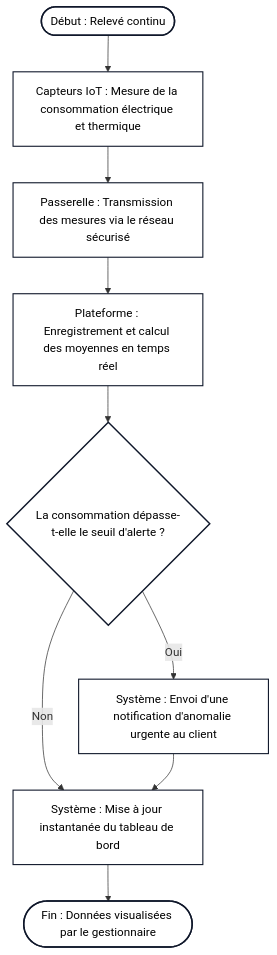
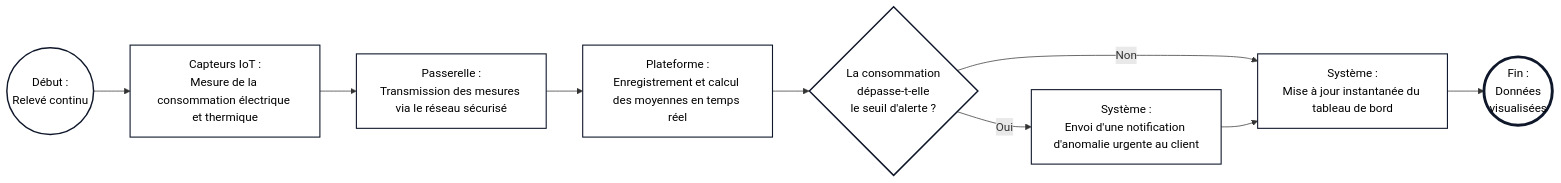
One commit to spirit0621/Master-1-SI changed the first of 4 diagrams in Matière/Matiere Architecture SI/TP/Cours 2 TP Achitecture Métier/RAPPORT_ARCHI_BUSINESS_GREENBREIZH.md. Above: the diagram before and after it, drawn with Mermaid. The commit also changed other lines of this file and 19 other files, not shown here.

````diff
--- a/Matière/Matiere Architecture SI/TP/Cours 2 TP Achitecture Métier/RAPPORT_ARCHI_BUSINESS_GREENBREIZH.md
+++ b/Matière/Matiere Architecture SI/TP/Cours 2 TP Achitecture Métier/RAPPORT_ARCHI_BUSINESS_GREENBREIZH.md
@@ -71,18 +76,16 @@
 ```mermaid
-flowchart TD
-    Start(["Début : Relevé continu"]) --> Capt["Capteurs IoT : Mesure de la consommation électrique et thermique"]
-    Capt --> Envoi["Passerelle : Transmission des mesures via le réseau sécurisé"]
-    Envoi --> Ingest["Plateforme : Enregistrement et calcul des moyennes en temps réel"]
-    Ingest --> Test{"La consommation dépasse-t-elle le seuil d'alerte ?"}
-  
-    Test -- "Oui" --> Alerte["Système : Envoi d'une notification d'anomalie urgente au client"]
-    Test -- "Non" --> Maj["Système : Mise à jour instantanée du tableau de bord"]
-  
-    Alerte --> Maj
-    Maj --> End(["Fin : Données visualisées par le gestionnaire"])
+flowchart LR
+    p1_start(("Début :<br>Relevé continu")) --> p1_task1["Capteurs IoT :<br>Mesure de la consommation électrique et thermique"]
+    p1_task1 --> p1_task2["Passerelle :<br>Transmission des mesures via le réseau sécurisé"]
+    p1_task2 --> p1_task3["Plateforme :<br>Enregistrement et calcul des moyennes en temps réel"]
+    p1_task3 --> p1_gw{"La consommation<br>dépasse-t-elle<br>le seuil d'alerte ?"}
+    p1_gw -- "Oui" --> p1_alerte["Système :<br>Envoi d'une notification d'anomalie urgente au client"]
+    p1_gw -- "Non" --> p1_maj["Système :<br>Mise à jour instantanée du tableau de bord"]
+    p1_alerte --> p1_maj
+    p1_maj --> p1_end(("Fin :<br>Données<br>visualisées"))
 
     classDef default fill:#ffffff,stroke:#0f172a,stroke-width:1.5px,color:#000000;
-    style Test fill:#ffffff,stroke:#0f172a,stroke-width:2px,color:#000000
-    style Start fill:#ffffff,stroke:#0f172a,stroke-width:2px,color:#000000
-    style End fill:#ffffff,stroke:#0f172a,stroke-width:2px,color:#000000
+    style p1_start fill:#ffffff,stroke:#0f172a,stroke-width:2px,color:#000000
+    style p1_gw fill:#ffffff,stroke:#0f172a,stroke-width:2px,color:#000000
+    style p1_end fill:#ffffff,stroke:#0f172a,stroke-width:4px,color:#000000
 ```
````
